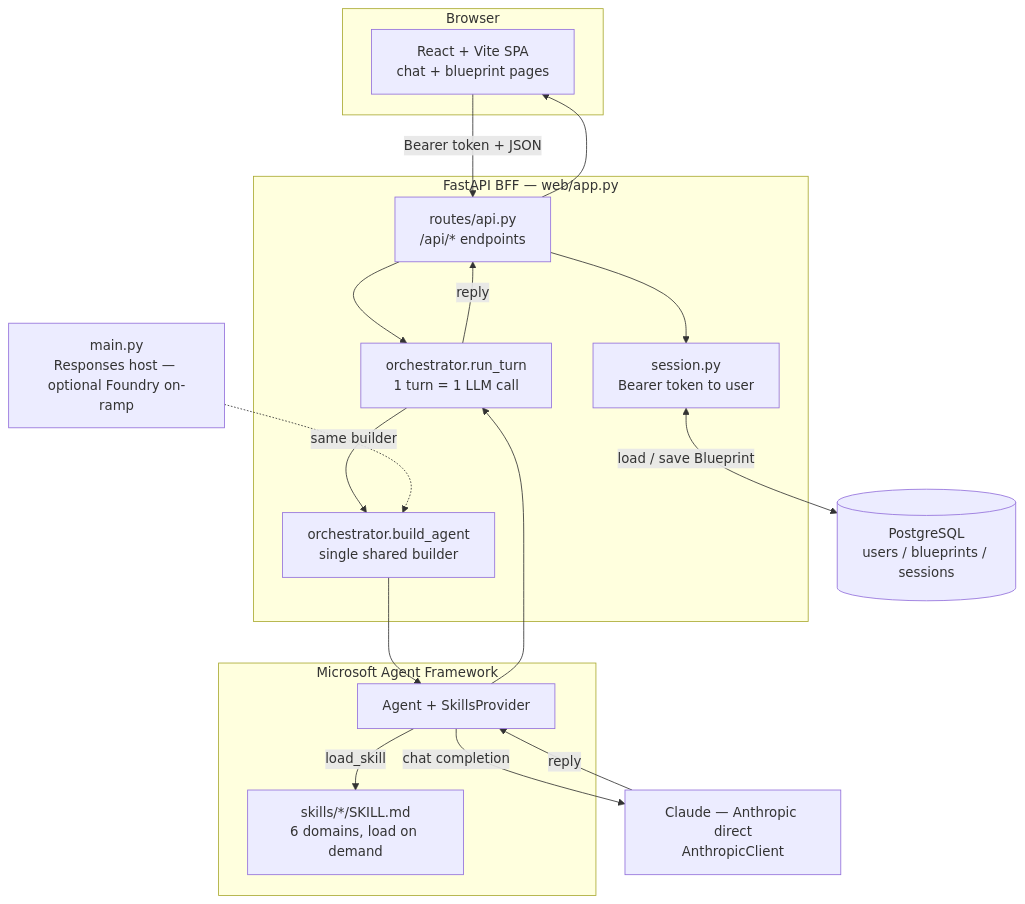
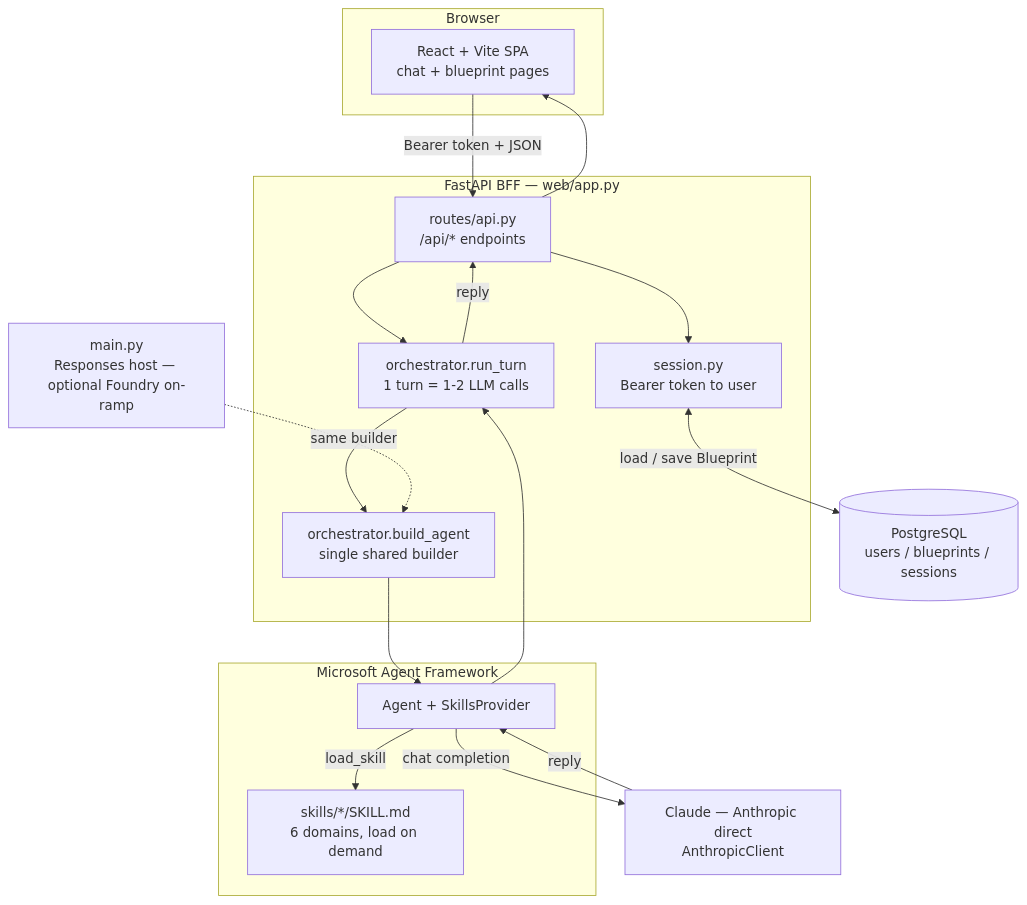
Before and after one commit to scopeta/futureself: the first of 6 diagrams in ARCHITECTURE.md, drawn with Mermaid. The commit also changed other lines of this file and 6 other files, not shown here.

First line of the commit message:
feat(obs): instrument FastAPI requests; correct per-turn LLM-call docs

````diff
--- a/ARCHITECTURE.md
+++ b/ARCHITECTURE.md
@@ -31,34 +31,34 @@
 ```mermaid
 flowchart TD
     subgraph Browser
         UI["React + Vite SPA<br/>chat + blueprint pages"]
     end
 
     subgraph Backend["FastAPI BFF — web/app.py"]
         Routes["routes/api.py<br/>/api/* endpoints"]
         SessionMod["session.py<br/>Bearer token to user"]
-        Orch["orchestrator.run_turn<br/>1 turn = 1 LLM call"]
+        Orch["orchestrator.run_turn<br/>1 turn = 1-2 LLM calls"]
         Builder["orchestrator.build_agent<br/>single shared builder"]
     end
 
     subgraph MAF["Microsoft Agent Framework"]
         Agent["Agent + SkillsProvider"]
         Skills["skills/*/SKILL.md<br/>6 domains, load on demand"]
     end
 
     Claude["Claude — Anthropic direct<br/>AnthropicClient"]
     DB[("PostgreSQL<br/>users / blueprints / sessions")]
 
     UI -->|"Bearer token + JSON"| Routes
     Routes --> SessionMod
     SessionMod <-->|"load / save Blueprint"| DB
     Routes --> Orch
     Orch --> Builder --> Agent
     Agent -->|"load_skill"| Skills
     Agent -->|"chat completion"| Claude
     Claude -->|"reply"| Agent --> Orch
     Orch -->|"reply"| Routes --> UI
 
     Foundry["main.py<br/>Responses host — optional Foundry on-ramp"]
     Foundry -.->|"same builder"| Builder
 ```
````
